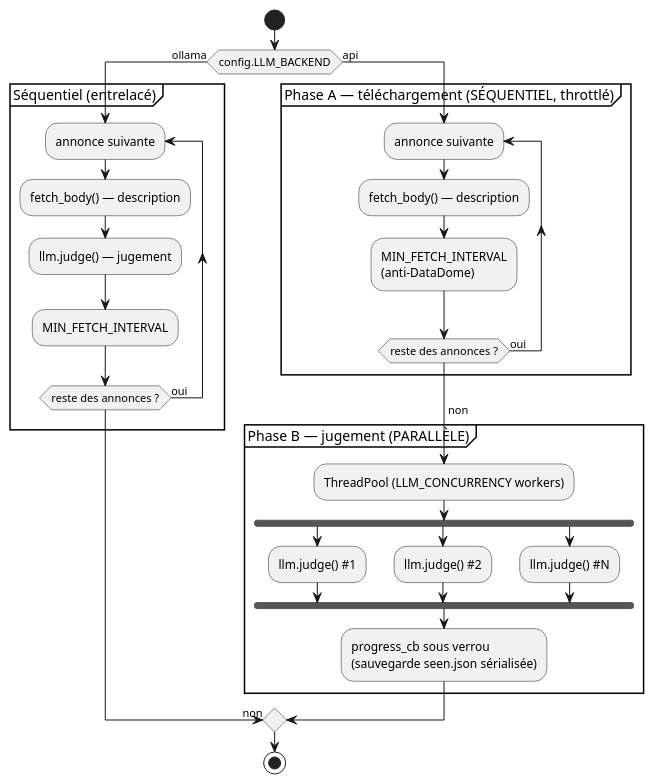
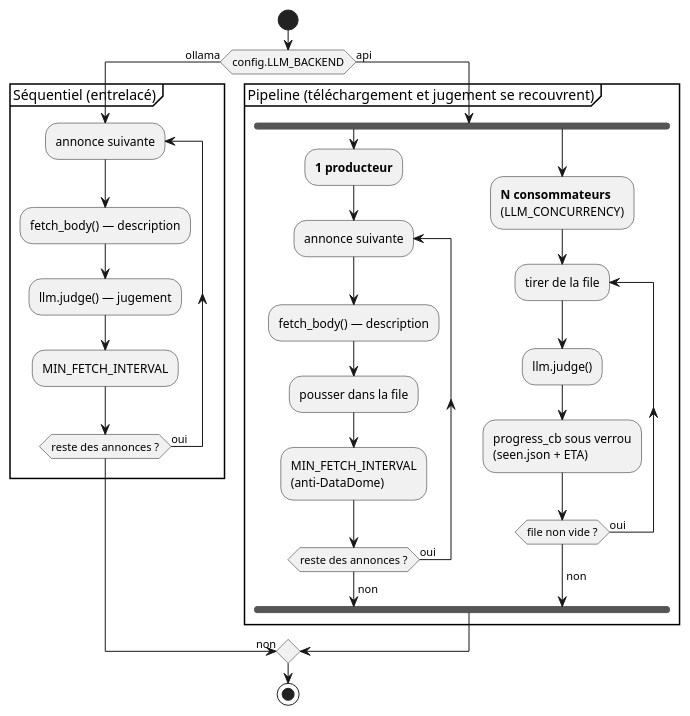
The sixth of 8 diagrams in docs/architecture.md (Pierre3851/lebonparser), drawn with PlantUML before and after one commit. The commit also changed other lines of this file and 2 other files, not shown here.

Commit message:
Doc : pipeline d'analyse, ETA et repère perf/coût
Met la doc à jour avec le pipeline producteur/consommateur (remplace la
description « 2 phases ») et l'ETA dans l'interface. Ajoute au README un
repère perf/coût (~430 annonces en ~10 min pour ~10 centimes via API).

````diff
--- a/docs/architecture.md
+++ b/docs/architecture.md
@@ -248,36 +257,36 @@
 ```plantuml
 @startuml
 skinparam shadowing false
 start
 if (config.LLM_BACKEND) then (ollama)
   partition "Séquentiel (entrelacé)" {
     repeat :annonce suivante;
       :fetch_body() — description;
       :llm.judge() — jugement;
       :MIN_FETCH_INTERVAL;
     repeat while (reste des annonces ?) is (oui)
     -> non;
   }
 else (api)
-  partition "Phase A — téléchargement (SÉQUENTIEL, throttlé)" {
-    repeat :annonce suivante;
-      :fetch_body() — description;
-      :MIN_FETCH_INTERVAL\n(anti-DataDome);
-    repeat while (reste des annonces ?) is (oui)
-    -> non;
-  }
-  partition "Phase B — jugement (PARALLÈLE)" {
-    :ThreadPool (LLM_CONCURRENCY workers);
+  partition "Pipeline (téléchargement et jugement se recouvrent)" {
     fork
-      :llm.judge() #1;
+      :**1 producteur**;
+      repeat :annonce suivante;
+        :fetch_body() — description;
+        :pousser dans la file;
+        :MIN_FETCH_INTERVAL\n(anti-DataDome);
+      repeat while (reste des annonces ?) is (oui)
+      -> non;
     fork again
-      :llm.judge() #2;
-    fork again
-      :llm.judge() #N;
+      :**N consommateurs**\n(LLM_CONCURRENCY);
+      repeat :tirer de la file;
+        :llm.judge();
+        :progress_cb sous verrou\n(seen.json + ETA);
+      repeat while (file non vide ?) is (oui)
+      -> non;
     end fork
-    :progress_cb sous verrou\n(sauvegarde seen.json sérialisée);
   }
 endif
 stop
 @enduml
 ```
````
